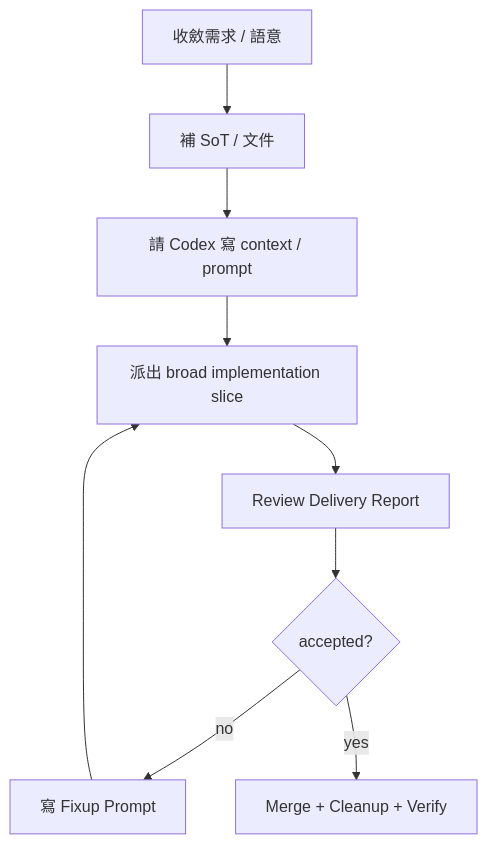
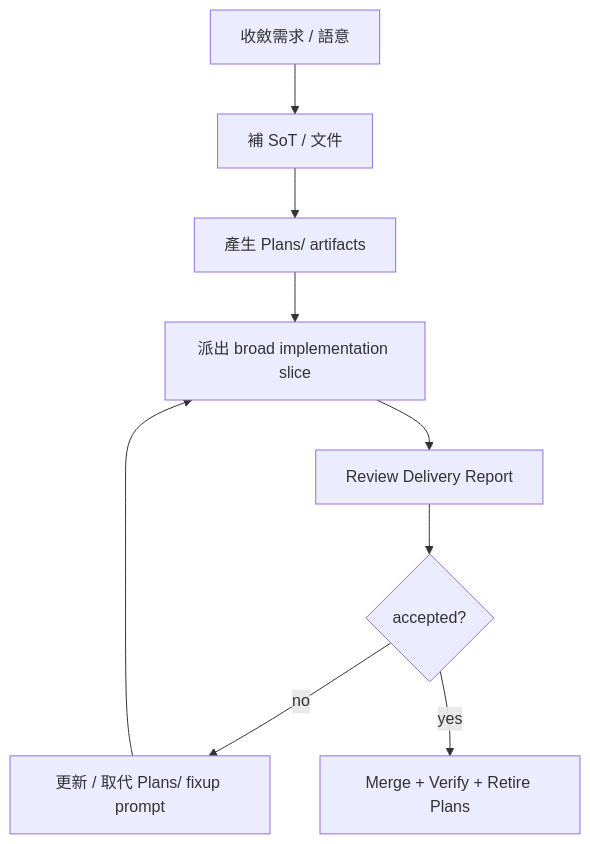
One commit to arfiligol/superconducting-circuits-research-workbench changed the diagram in docs/how-to/contributing/codex-agent-workflow.md. Above: the diagram before and after it, drawn with Mermaid. The commit also changed other lines of this file and 3 other files, not shown here.

````diff
--- a/docs/how-to/contributing/codex-agent-workflow.md
+++ b/docs/how-to/contributing/codex-agent-workflow.md
@@ -43,11 +43,11 @@
 ```mermaid
 flowchart TD
     A["收斂需求 / 語意"] --> B["補 SoT / 文件"]
-    B --> C["請 Codex 寫 context / prompt"]
+    B --> C["產生 Plans/ artifacts"]
     C --> D["派出 broad implementation slice"]
     D --> E["Review Delivery Report"]
     E --> F{"accepted?"}
-    F -- "no" --> G["寫 Fixup Prompt"]
+    F -- "no" --> G["更新 / 取代 Plans/ fixup prompt"]
     G --> D
-    F -- "yes" --> H["Merge + Cleanup + Verify"]
+    F -- "yes" --> H["Merge + Verify + Retire Plans"]
 ```
````
